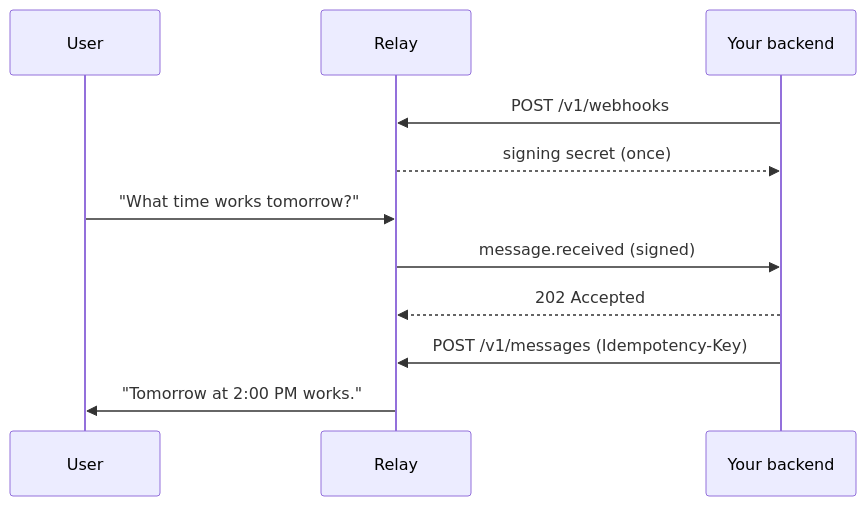
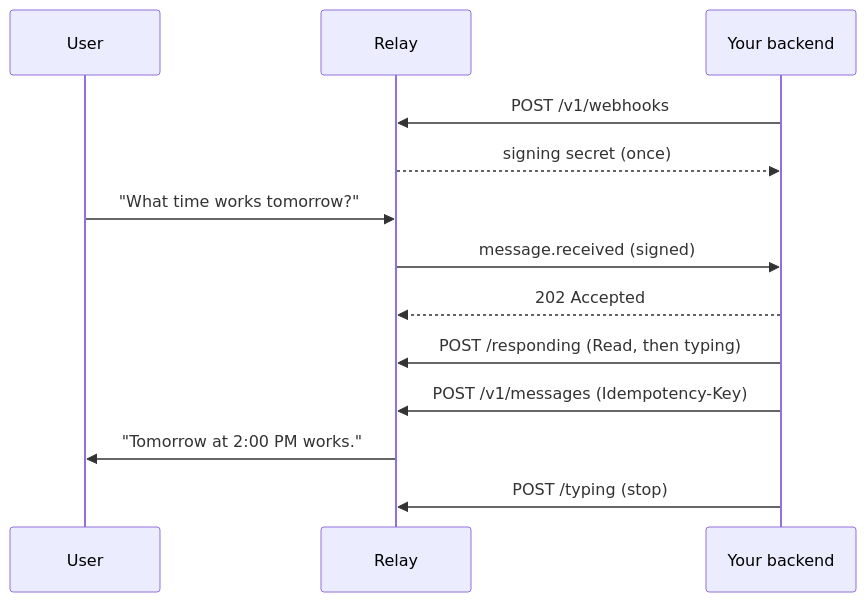
The diagram in quickstart.mdx (RelayMessenger/Relay-Docs), drawn with Mermaid before and after one commit. The commit also changed other lines of this file and 14 other files, not shown here.

````diff
--- a/quickstart.mdx
+++ b/quickstart.mdx
@@ -11,13 +11,15 @@
 ```mermaid
 sequenceDiagram
     participant U as User
     participant R as Relay
     participant B as Your backend
     B->>R: POST /v1/webhooks
     R-->>B: signing secret (once)
     U->>R: "What time works tomorrow?"
     R->>B: message.received (signed)
     B-->>R: 202 Accepted
+    B->>R: POST /responding (Read, then typing)
     B->>R: POST /v1/messages (Idempotency-Key)
     R->>U: "Tomorrow at 2:00 PM works."
+    B->>R: POST /typing (stop)
 ```
````
